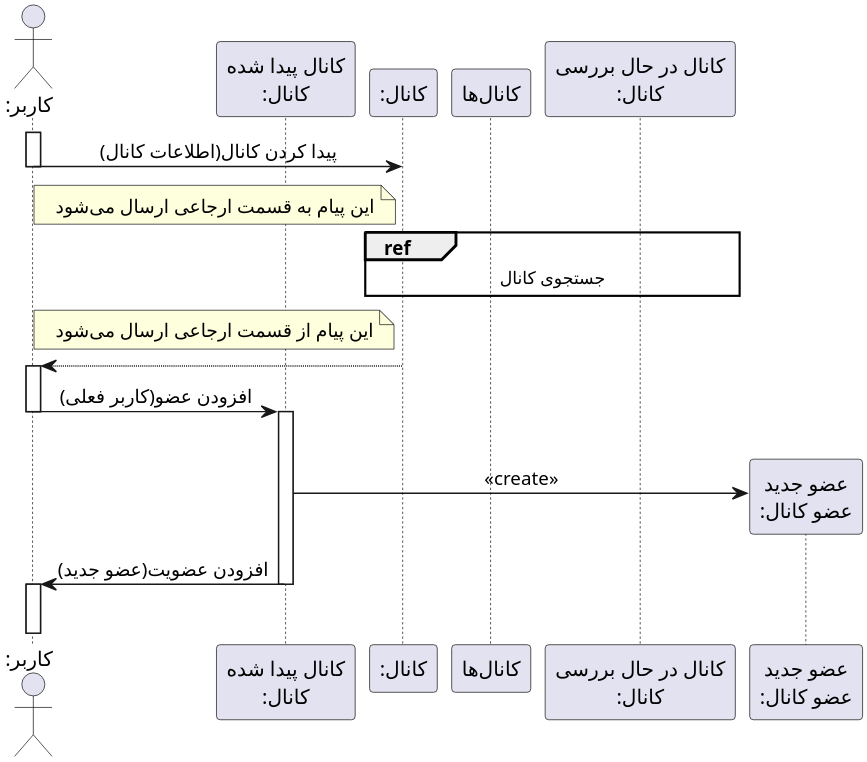
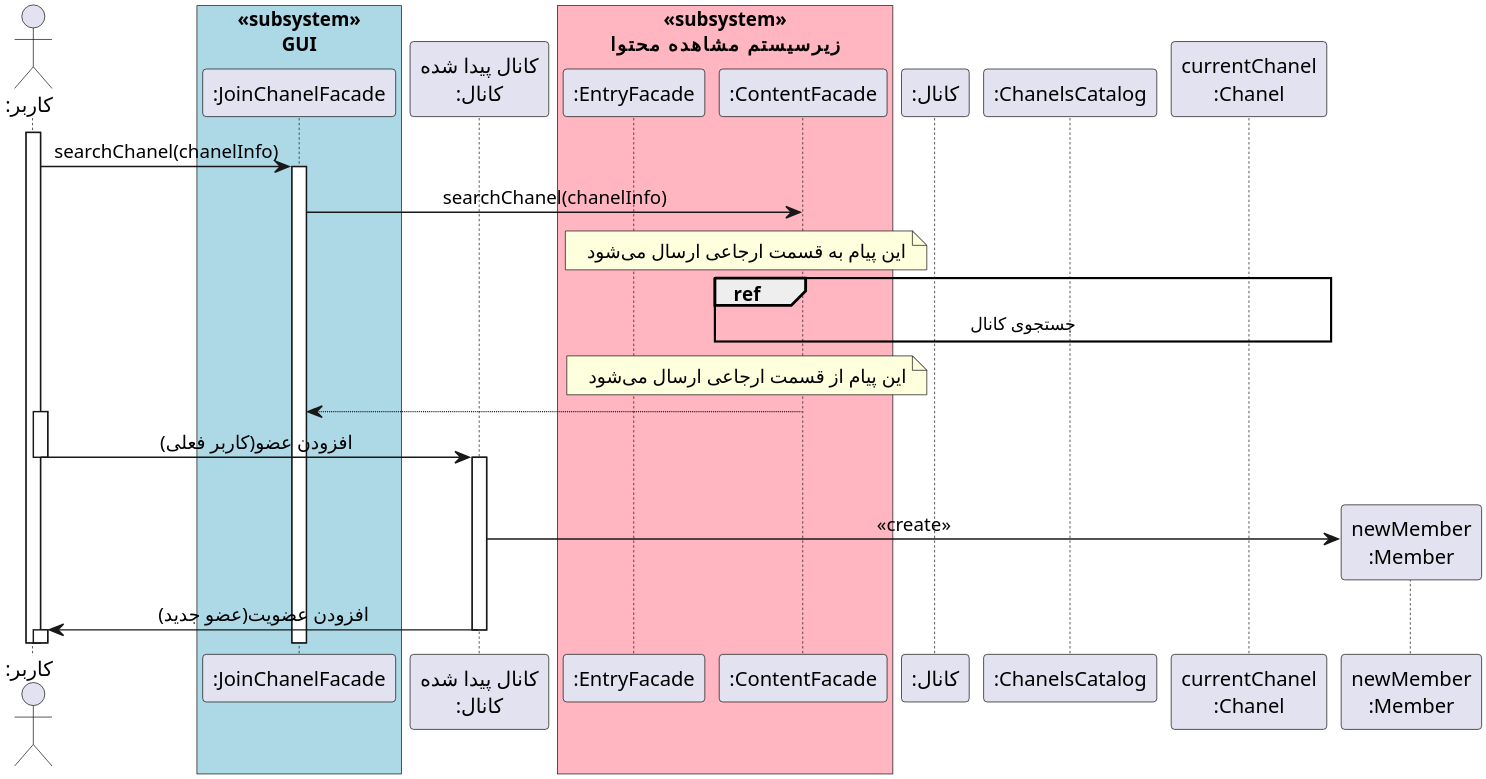
The diagram in Diagrams/Design Sequence/JoinChanel.puml (soleyman79/Qasedak), drawn with PlantUML before and after one commit. The commit also changed 2 other files, not shown here.

```diff
--- a/Diagrams/Design Sequence/JoinChanel.puml
+++ b/Diagrams/Design Sequence/JoinChanel.puml
@@ -1,48 +1,55 @@
 @startuml join_chanel
 
 
 scale 3
 skinparam DefaultFontName Vazir
 skinparam DefaultTextAlignment center
 
 
 actor ":کاربر" as user
-participant "کانال پیدا شده\n:کانال" as found_chanel
+box "«subsystem»\nGUI" #LightBlue
+participant ":JoinChanelFacade" as ui
+end box
+participant "کانال پیدا شده\n:کانال" as foundChanel
+box "«subsystem»\nزیرسیستم مشاهده محتوا" #LightPink
+participant ":EntryFacade" as entryFacade
+participant ":ContentFacade" as contentFacade
+end box
 participant ":کانال" as chanel
-participant "کانال‌ها" as chanels
-participant "کانال در حال بررسی\n:کانال" as current_chanel
-participant "عضو جدید\n:عضو کانال" as member
+participant ":ChanelsCatalog" as chanels
+participant "currentChanel\n:Chanel" as currentChanel
+participant "newMember\n:Member" as member
 
 
 activate user
-    user -> chanel : پیدا کردن کانال(اطلاعات کانال)
-deactivate user
+user -> ui: searchChanel(chanelInfo)
+activate ui
+ui -> contentFacade: searchChanel(chanelInfo)
 
 note left chanel
     این پیام به قسمت ارجاعی ارسال می‌شود
 end note
 
-ref over chanel, chanels, current_chanel : جستجوی کانال
+ref over chanel, chanels, currentChanel, contentFacade: جستجوی کانال
 
 note left chanel
     این پیام از قسمت ارجاعی ارسال می‌شود
 end note
 
-chanel --> user
+contentFacade --> ui
 
 activate user
-    user -> found_chanel : افزودن عضو(کاربر فعلی)
+user -> foundChanel : افزودن عضو(کاربر فعلی)
 deactivate user
 
-activate found_chanel
-    |||
-    found_chanel -> member ** : «create»
-    found_chanel -> user : افزودن عضویت(عضو جدید)
-deactivate found_chanel
+activate foundChanel
+|||
+foundChanel -> member ** : «create»
+foundChanel -> user : افزودن عضویت(عضو جدید)
+deactivate foundChanel
 
 activate user
-    |||
 deactivate user
 
 
 @enduml
```
